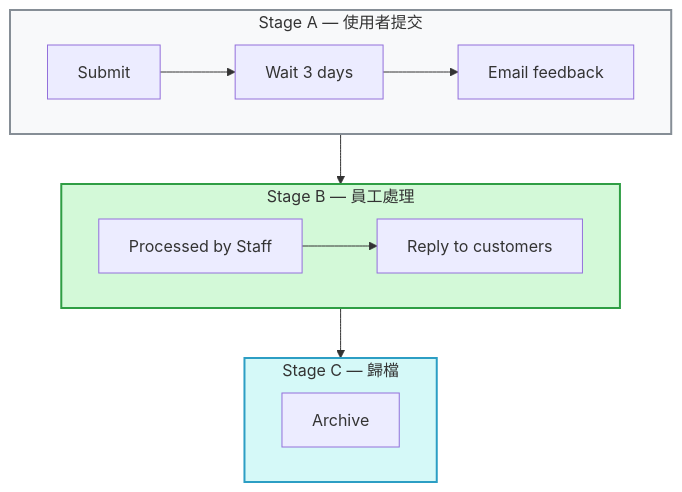
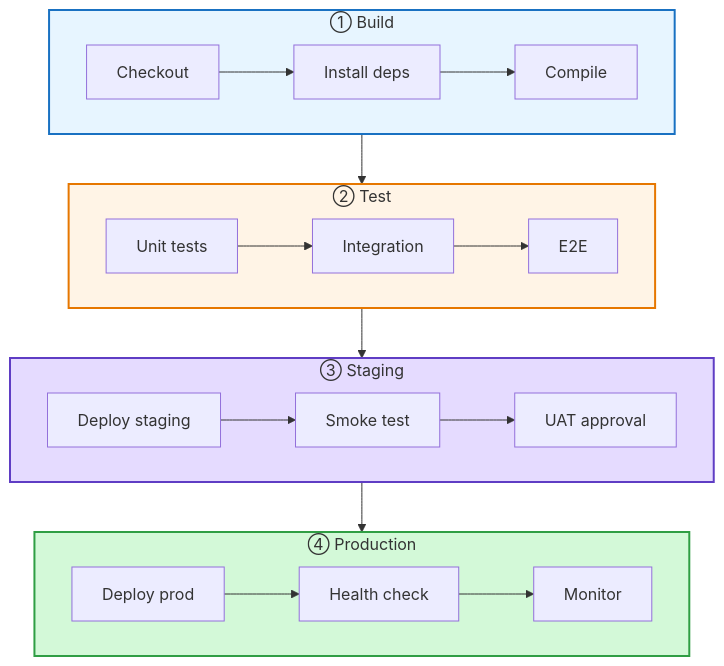
Diagram 15 of 15 in obsidian/skills/obsidian-mermaid-visualizer/flow/flowchart.md (kouko/monkey-skills), drawn with Mermaid before and after one commit. The commit also changed other lines of this file, not shown here.

````diff
--- a/obsidian/skills/obsidian-mermaid-visualizer/flow/flowchart.md
+++ b/obsidian/skills/obsidian-mermaid-visualizer/flow/flowchart.md
@@ -334,24 +334,31 @@
 ```mermaid
 graph TB
-    subgraph stageA["Stage A — 使用者提交"]
+    subgraph build["① Build"]
         direction LR
-        A1["Submit"] --> A2["Wait 3 days"] --> A3["Email feedback"]
+        B1["Checkout"] --> B2["Install deps"] --> B3["Compile"]
     end
 
-    subgraph stageB["Stage B — 員工處理"]
+    subgraph test["② Test"]
         direction LR
-        B1["Processed by Staff"] --> B2["Reply to customers"]
+        T1["Unit tests"] --> T2["Integration"] --> T3["E2E"]
     end
 
-    subgraph stageC["Stage C — 歸檔"]
+    subgraph staging["③ Staging"]
         direction LR
-        C1["Archive"]
+        S1["Deploy staging"] --> S2["Smoke test"] --> S3["UAT approval"]
     end
 
-    stageA --> stageB
-    stageB --> stageC
+    subgraph prod["④ Production"]
+        direction LR
+        P1["Deploy prod"] --> P2["Health check"] --> P3["Monitor"]
+    end
 
-    style stageA fill:#f8f9fa,stroke:#868e96,stroke-width:2px
-    style stageB fill:#d3f9d8,stroke:#2f9e44,stroke-width:2px
-    style stageC fill:#d5f9f8,stroke:#2c9ec4,stroke-width:2px
+    build --> test
+    test --> staging
+    staging --> prod
+
+    style build fill:#e7f5ff,stroke:#1971c2,stroke-width:2px
+    style test fill:#fff4e6,stroke:#e67700,stroke-width:2px
+    style staging fill:#e5dbff,stroke:#5f3dc4,stroke-width:2px
+    style prod fill:#d3f9d8,stroke:#2f9e44,stroke-width:2px
 ```
````
